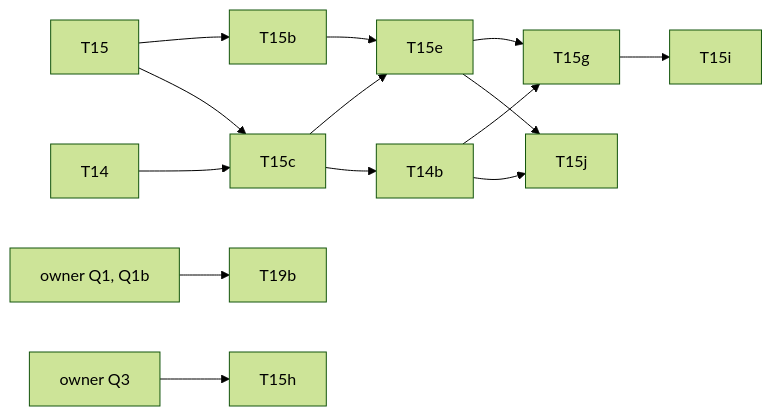
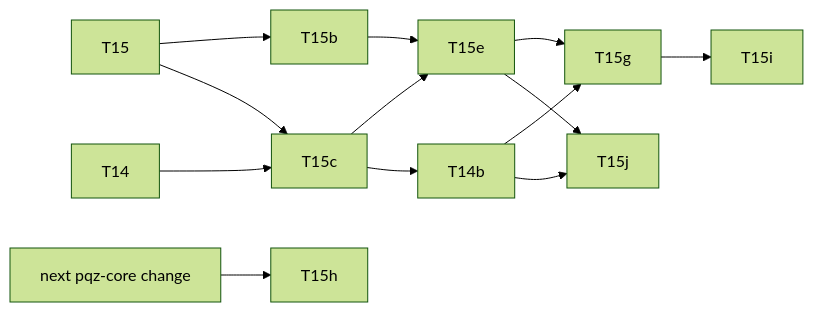
One commit to dinhduongha/scaas changed the second of 2 diagrams in docs/superpowers/plans/2026-11-05-ua-rs-sign.md. Above: the diagram before and after it, drawn with Mermaid (forest theme). The commit also changed other lines of this file and 1 other file, not shown here.

Commit message:
spec + plan: record owner decisions Q1, Q1b, Q3 and Q2 moot (2026-11-06)

````diff
--- a/docs/superpowers/plans/2026-11-05-ua-rs-sign.md
+++ b/docs/superpowers/plans/2026-11-05-ua-rs-sign.md
@@ -747,11 +747,10 @@
 ```mermaid
 flowchart LR
   T15 --> T15b & T15c
   T14 --> T15c
   T15c --> T15e & T14b
   T15b --> T15e
   T15e & T14b --> T15g --> T15i
   T15e & T14b --> T15j
-  Q1[owner Q1, Q1b] --> T19b
-  Q3[owner Q3] --> T15h
+  NC[next pqz-core change] --> T15h
 ```
````
